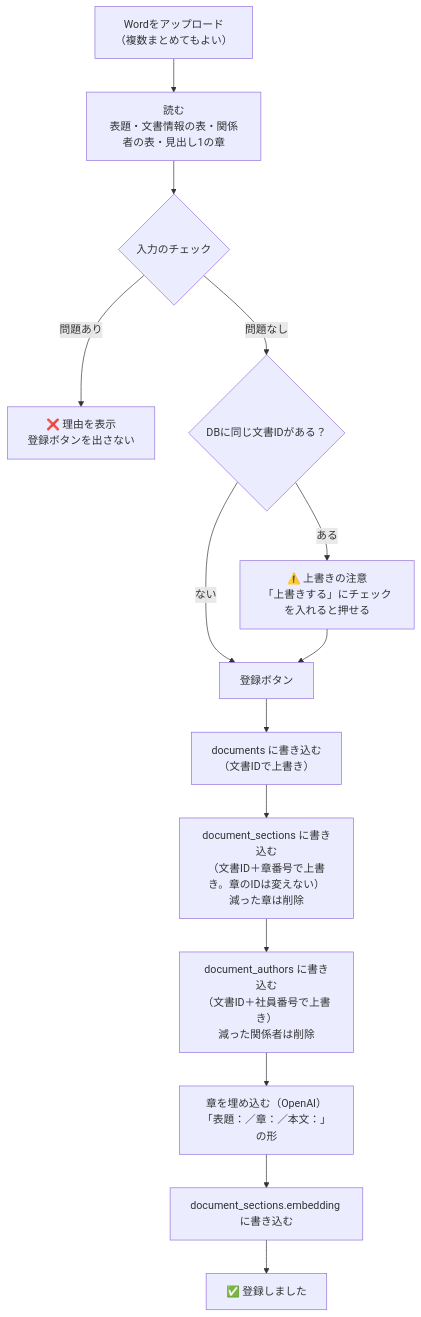
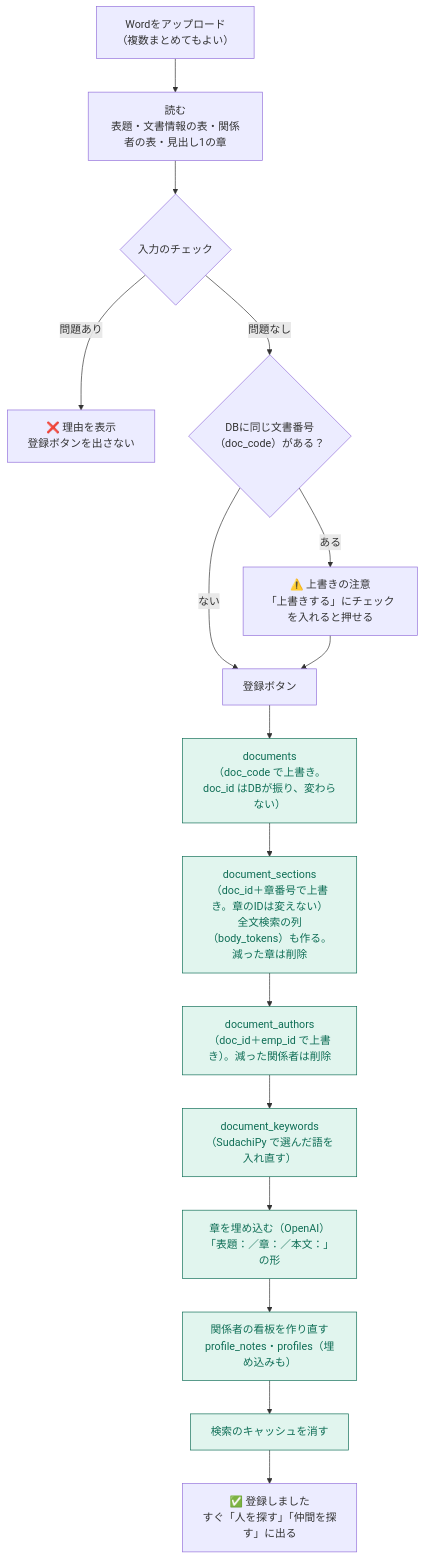
The third of 5 diagrams in docs/data_flow.md (emon0415/DATA-TRIANGLE_261013), drawn with Mermaid before and after one commit. The commit also changed other lines of this file and 2 other files, not shown here.

Commit message:
構成図を作り直す：DB v5、検索・仲間を探す・看板・もっと調べるを反映（architecture.md、data_flow.md、architecture.drawio）

````diff
--- a/docs/data_flow.md
+++ b/docs/data_flow.md
@@ -50,16 +75,21 @@
 ```mermaid
 flowchart TD
     A["Wordをアップロード<br>（複数まとめてもよい）"] --> B["読む<br>表題・文書情報の表・関係者の表・見出し1の章"]
     B --> C{"入力のチェック"}
     C -- "問題あり" --> X["❌ 理由を表示<br>登録ボタンを出さない"]
-    C -- "問題なし" --> D{"DBに同じ文書IDがある？"}
+    C -- "問題なし" --> D{"DBに同じ文書番号<br>（doc_code）がある？"}
     D -- "ない" --> F["登録ボタン"]
     D -- "ある" --> E["⚠️ 上書きの注意<br>「上書きする」にチェックを入れると押せる"]
     E --> F
-    F --> G["documents に書き込む<br>（文書IDで上書き）"]
-    G --> H["document_sections に書き込む<br>（文書ID＋章番号で上書き。章のIDは変えない）<br>減った章は削除"]
-    H --> I["document_authors に書き込む<br>（文書ID＋社員番号で上書き）<br>減った関係者は削除"]
-    I --> K["章を埋め込む（OpenAI）<br>「表題：／章：／本文：」の形"]
-    K --> L["document_sections.embedding に書き込む"]
-    L --> Z["✅ 登録しました"]
+    F --> G["documents<br>（doc_code で上書き。doc_id はDBが振り、変わらない）"]
+    G --> H["document_sections<br>（doc_id＋章番号で上書き。章のIDは変えない）<br>全文検索の列（body_tokens）も作る。減った章は削除"]
+    H --> I["document_authors<br>（doc_id＋emp_id で上書き）。減った関係者は削除"]
+    I --> KW["document_keywords<br>（SudachiPy で選んだ語を入れ直す）"]
+    KW --> K["章を埋め込む（OpenAI）<br>「表題：／章：／本文：」の形"]
+    K --> P["関係者の看板を作り直す<br>profile_notes・profiles（埋め込みも）"]
+    P --> CC["検索のキャッシュを消す"]
+    CC --> Z["✅ 登録しました<br>すぐ「人を探す」「仲間を探す」に出る"]
+
+    classDef reg fill:#E1F5EE,stroke:#0F6E56,color:#0F6E56
+    class G,H,I,KW,K,P,CC reg
 ```
````
